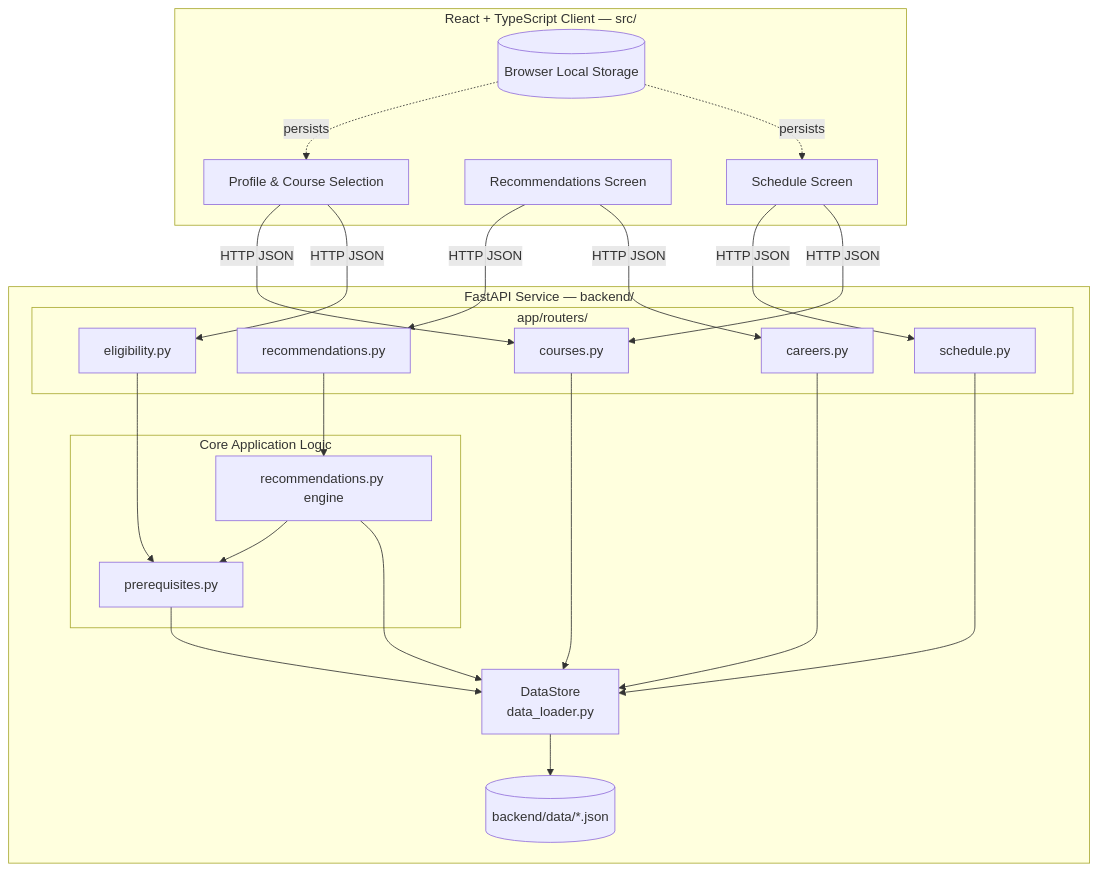
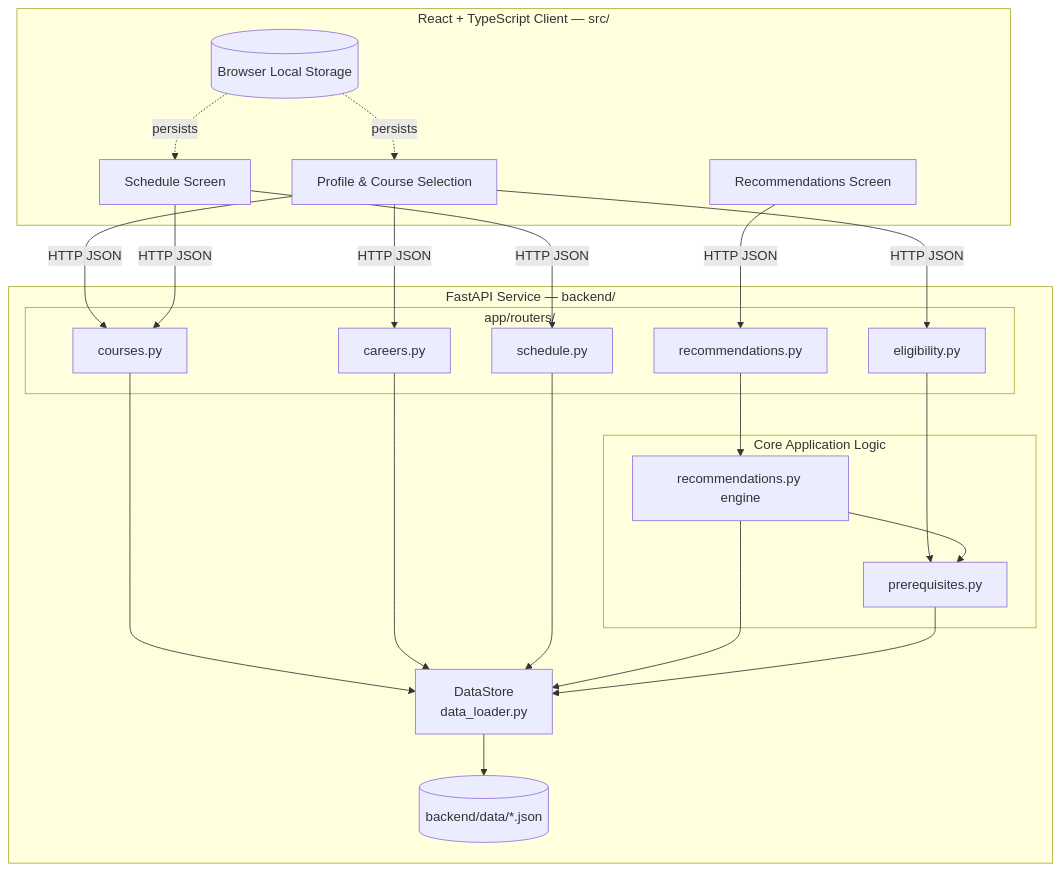
Before and after one commit to ljgordon3/PathFinderUA: the diagram in docs/design-and-api-contract.md, drawn with Mermaid. The commit also changed other lines of this file and 17 other files, not shown here.

Commit message:
Connect Milestone 1 planning flow to FastAPI

````diff
--- a/docs/design-and-api-contract.md
+++ b/docs/design-and-api-contract.md
@@ -40,44 +42,44 @@
 ```mermaid
 graph TB
     subgraph Frontend [React + TypeScript Client — src/]
         UIProfile[Profile & Course Selection]
         UIReco[Recommendations Screen]
         UISchedule[Schedule Screen]
         LocalStore[(Browser Local Storage)]
     end
 
     subgraph Backend [FastAPI Service — backend/]
         subgraph Routers [app/routers/]
             RCourses[courses.py]
             RCareers[careers.py]
             RElig[eligibility.py]
             RReco[recommendations.py]
             RSched[schedule.py]
         end
         subgraph Core [Core Application Logic]
             Prereq[prerequisites.py]
             Rec[recommendations.py engine]
         end
         Store[DataStore\ndata_loader.py]
         JSON[(backend/data/*.json)]
     end
 
     UIProfile -->|HTTP JSON| RCourses
     UIProfile -->|HTTP JSON| RElig
     UIReco -->|HTTP JSON| RReco
-    UIReco -->|HTTP JSON| RCareers
+    UIProfile -->|HTTP JSON| RCareers
     UISchedule -->|HTTP JSON| RSched
     UISchedule -->|HTTP JSON| RCourses
 
     RCourses --> Store
     RCareers --> Store
     RElig --> Prereq
     RReco --> Rec
     RSched --> Store
     Rec --> Prereq
     Rec --> Store
     Prereq --> Store
     Store --> JSON
     LocalStore -.persists.-> UIProfile
     LocalStore -.persists.-> UISchedule
 ```
````
